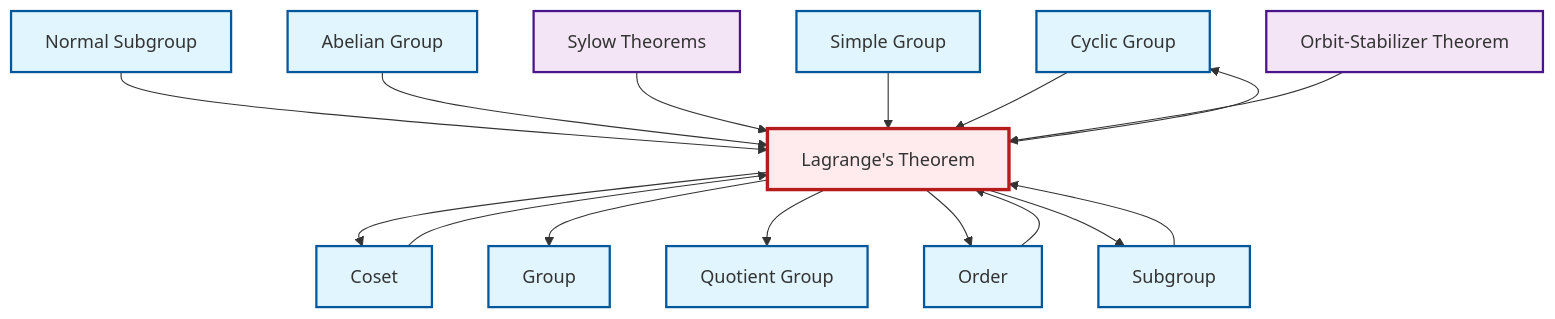
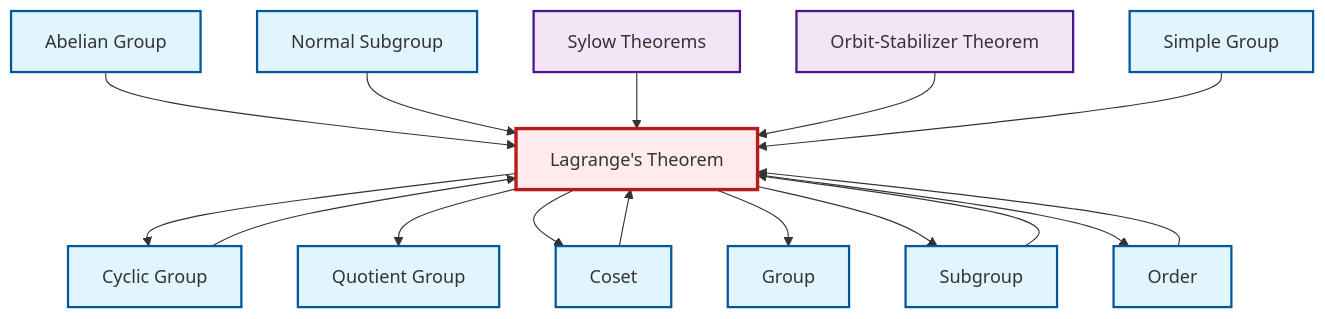
The diagram in output/mermaid/en/thm-lagrange.mermaid (RK0429/ModernMath), drawn with Mermaid before and after one commit. The commit also changed other lines of this file and 1706 other files, not shown here.

```diff
--- a/output/mermaid/en/thm-lagrange.mermaid
+++ b/output/mermaid/en/thm-lagrange.mermaid
@@ -1,34 +1,34 @@
 graph TD
     classDef definition fill:#e1f5fe,stroke:#01579b,stroke-width:2px
     classDef theorem fill:#f3e5f5,stroke:#4a148c,stroke-width:2px
     classDef axiom fill:#fff3e0,stroke:#e65100,stroke-width:2px
     classDef example fill:#e8f5e9,stroke:#1b5e20,stroke-width:2px
     classDef current fill:#ffebee,stroke:#b71c1c,stroke-width:3px
+    def-group["Group"]:::definition
+    def-simple-group["Simple Group"]:::definition
     def-cyclic-group["Cyclic Group"]:::definition
+    def-subgroup["Subgroup"]:::definition
+    def-coset["Coset"]:::definition
+    def-normal-subgroup["Normal Subgroup"]:::definition
     thm-orbit-stabilizer["Orbit-Stabilizer Theorem"]:::theorem
-    def-coset["Coset"]:::definition
+    def-order["Order"]:::definition
     thm-sylow["Sylow Theorems"]:::theorem
+    thm-lagrange["Lagrange's Theorem"]:::theorem
+    def-abelian-group["Abelian Group"]:::definition
     def-quotient-group["Quotient Group"]:::definition
-    def-order["Order"]:::definition
-    def-normal-subgroup["Normal Subgroup"]:::definition
-    def-subgroup["Subgroup"]:::definition
-    def-group["Group"]:::definition
-    thm-lagrange["Lagrange's Theorem"]:::theorem
-    def-simple-group["Simple Group"]:::definition
-    def-abelian-group["Abelian Group"]:::definition
+    thm-lagrange --> def-cyclic-group
+    thm-lagrange --> def-quotient-group
+    thm-lagrange --> def-coset
+    def-coset --> thm-lagrange
+    def-subgroup --> thm-lagrange
+    def-cyclic-group --> thm-lagrange
+    def-abelian-group --> thm-lagrange
+    def-normal-subgroup --> thm-lagrange
+    thm-sylow --> thm-lagrange
     def-order --> thm-lagrange
-    def-normal-subgroup --> thm-lagrange
-    thm-lagrange --> def-cyclic-group
-    def-coset --> thm-lagrange
-    thm-lagrange --> def-coset
-    def-abelian-group --> thm-lagrange
-    def-subgroup --> thm-lagrange
     thm-lagrange --> def-group
-    thm-lagrange --> def-quotient-group
-    thm-sylow --> thm-lagrange
+    thm-lagrange --> def-subgroup
+    thm-orbit-stabilizer --> thm-lagrange
     thm-lagrange --> def-order
     def-simple-group --> thm-lagrange
-    thm-lagrange --> def-subgroup
-    def-cyclic-group --> thm-lagrange
-    thm-orbit-stabilizer --> thm-lagrange
     class thm-lagrange current
```
